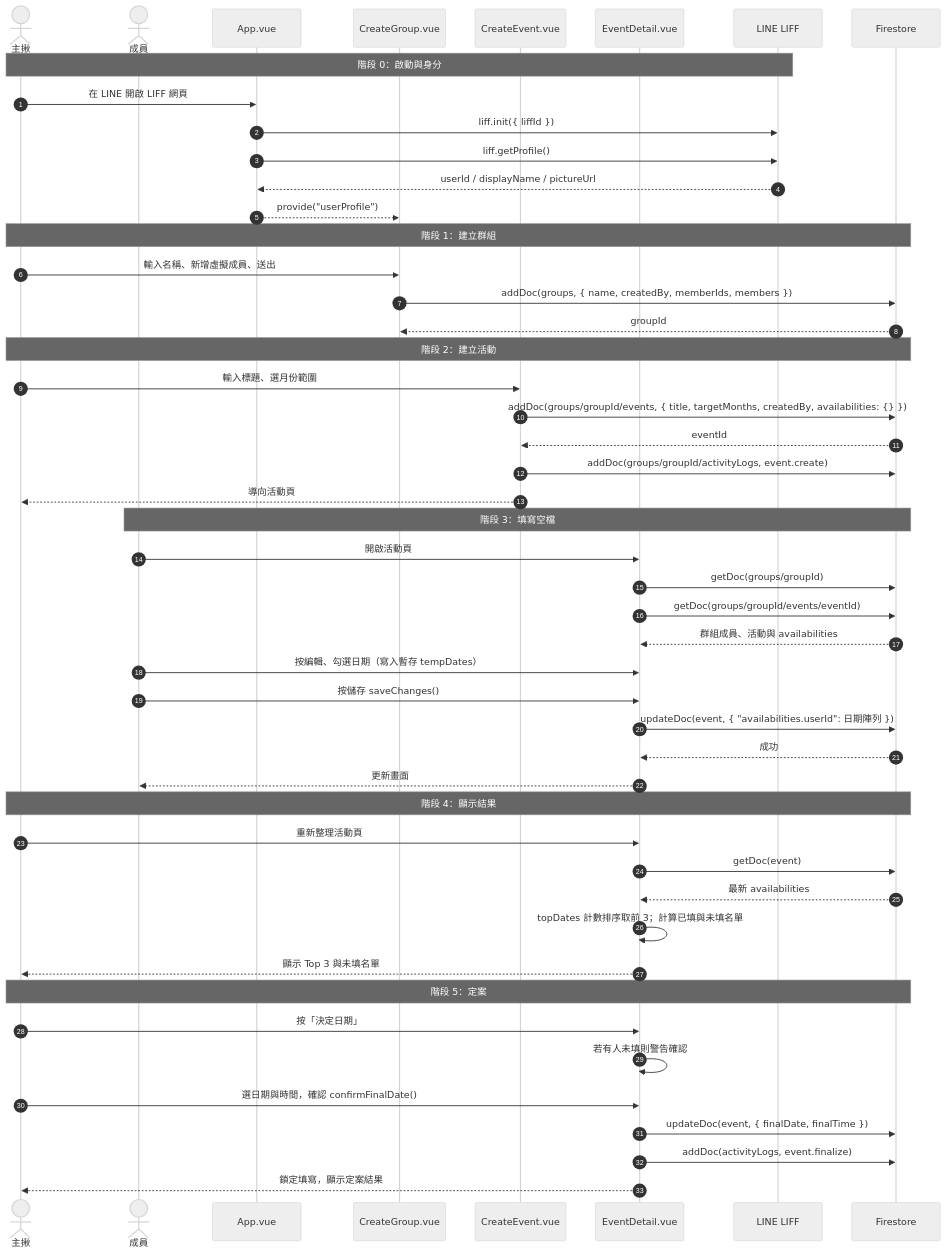
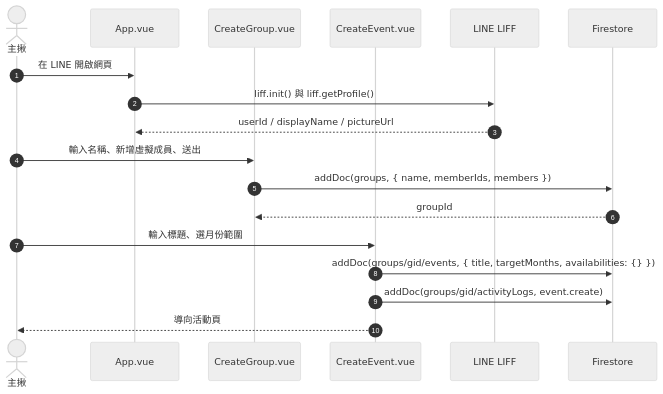
The second of 4 diagrams in docs/core-flow.md (m25563017/line-schedule-liff), drawn with Mermaid (neutral theme) before and after one commit. The commit also changed other lines of this file, not shown here.

First line of the commit message:
docs: split core flow into overview plus three focused diagrams

````diff
--- a/docs/core-flow.md
+++ b/docs/core-flow.md
@@ -80,57 +56,21 @@
 ```mermaid
 sequenceDiagram
     autonumber
     actor Host as 主揪
-    actor Mem as 成員
     participant App as App.vue
     participant CG as CreateGroup.vue
     participant CE as CreateEvent.vue
-    participant ED as EventDetail.vue
     participant LIFF as LINE LIFF
     participant FS as Firestore
 
-    Note over Host,LIFF: 階段 0：啟動與身分
-    Host->>App: 在 LINE 開啟 LIFF 網頁
-    App->>LIFF: liff.init({ liffId })
-    App->>LIFF: liff.getProfile()
+    Host->>App: 在 LINE 開啟網頁
+    App->>LIFF: liff.init() 與 liff.getProfile()
     LIFF-->>App: userId / displayName / pictureUrl
-    App-->>CG: provide("userProfile")
-
-    Note over Host,FS: 階段 1：建立群組
     Host->>CG: 輸入名稱、新增虛擬成員、送出
-    CG->>FS: addDoc(groups, { name, createdBy, memberIds, members })
+    CG->>FS: addDoc(groups, { name, memberIds, members })
     FS-->>CG: groupId
-
-    Note over Host,FS: 階段 2：建立活動
     Host->>CE: 輸入標題、選月份範圍
-    CE->>FS: addDoc(groups/groupId/events, { title, targetMonths, createdBy, availabilities: {} })
-    FS-->>CE: eventId
-    CE->>FS: addDoc(groups/groupId/activityLogs, event.create)
+    CE->>FS: addDoc(groups/gid/events, { title, targetMonths, availabilities: {} })
+    CE->>FS: addDoc(groups/gid/activityLogs, event.create)
     CE-->>Host: 導向活動頁
-
-    Note over Mem,FS: 階段 3：填寫空檔
-    Mem->>ED: 開啟活動頁
-    ED->>FS: getDoc(groups/groupId)
-    ED->>FS: getDoc(groups/groupId/events/eventId)
-    FS-->>ED: 群組成員、活動與 availabilities
-    Mem->>ED: 按編輯、勾選日期（寫入暫存 tempDates）
-    Mem->>ED: 按儲存 saveChanges()
-    ED->>FS: updateDoc(event, { "availabilities.userId": 日期陣列 })
-    FS-->>ED: 成功
-    ED-->>Mem: 更新畫面
-
-    Note over Host,FS: 階段 4：顯示結果
-    Host->>ED: 重新整理活動頁
-    ED->>FS: getDoc(event)
-    FS-->>ED: 最新 availabilities
-    ED->>ED: topDates 計數排序取前 3；計算已填與未填名單
-    ED-->>Host: 顯示 Top 3 與未填名單
-
-    Note over Host,FS: 階段 5：定案
-    Host->>ED: 按「決定日期」
-    ED->>ED: 若有人未填則警告確認
-    Host->>ED: 選日期與時間，確認 confirmFinalDate()
-    ED->>FS: updateDoc(event, { finalDate, finalTime })
-    ED->>FS: addDoc(activityLogs, event.finalize)
-    ED-->>Host: 鎖定填寫，顯示定案結果
 ```
````
